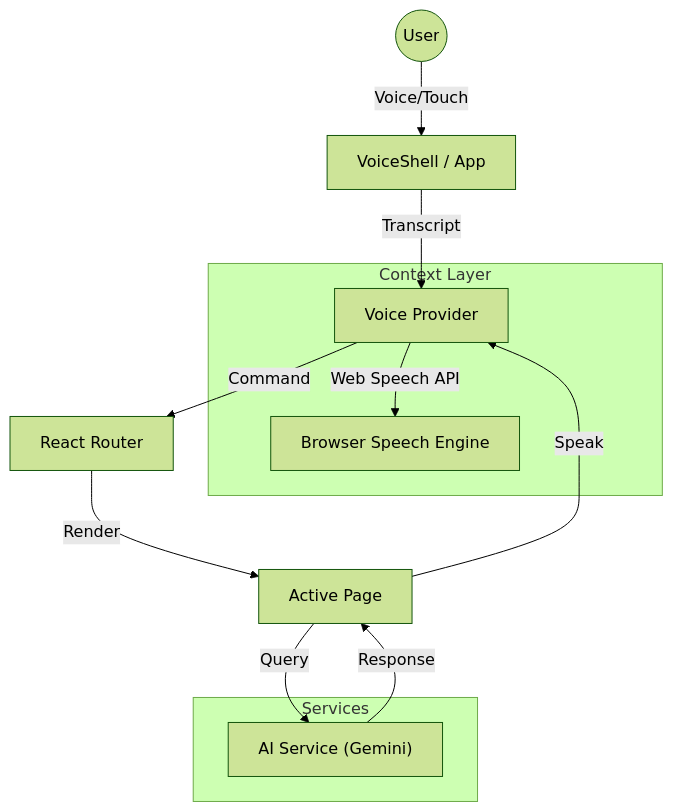
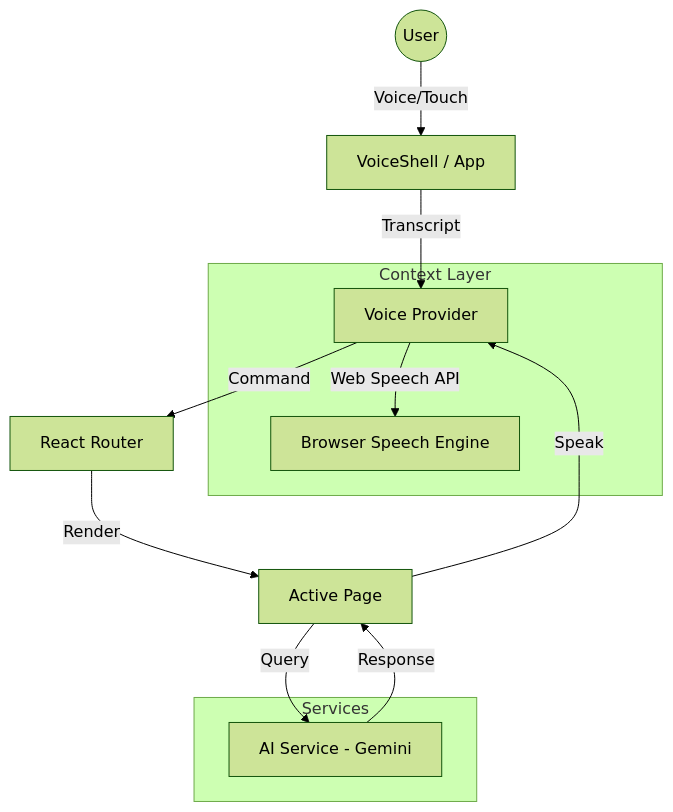
Before and after one commit to AdityaSonune369/JanSeva-AI: the diagram in design.md, drawn with Mermaid (forest theme).

Commit message:
Replace parens with dash in mermaid diagram for safety

````diff
--- a/design.md
+++ b/design.md
@@ -19,19 +19,19 @@
 ```mermaid
 graph TD
     User((User)) -->|"Voice/Touch"| App["VoiceShell / App"]
     App -->|Transcript| VoiceContext["Voice Provider"]
     VoiceContext -->|Command| Router["React Router"]
     
     subgraph ContextLayer ["Context Layer"]
     VoiceContext -- "Web Speech API" --> Browser["Browser Speech Engine"]
     end
     
     subgraph Services
-    AIService["AI Service (Gemini)"]
+    AIService["AI Service - Gemini"]
     end
     
     Router -->|Render| Page["Active Page"]
     Page -->|Query| AIService
     AIService -->|Response| Page
     Page -->|Speak| VoiceContext
 ```
````
